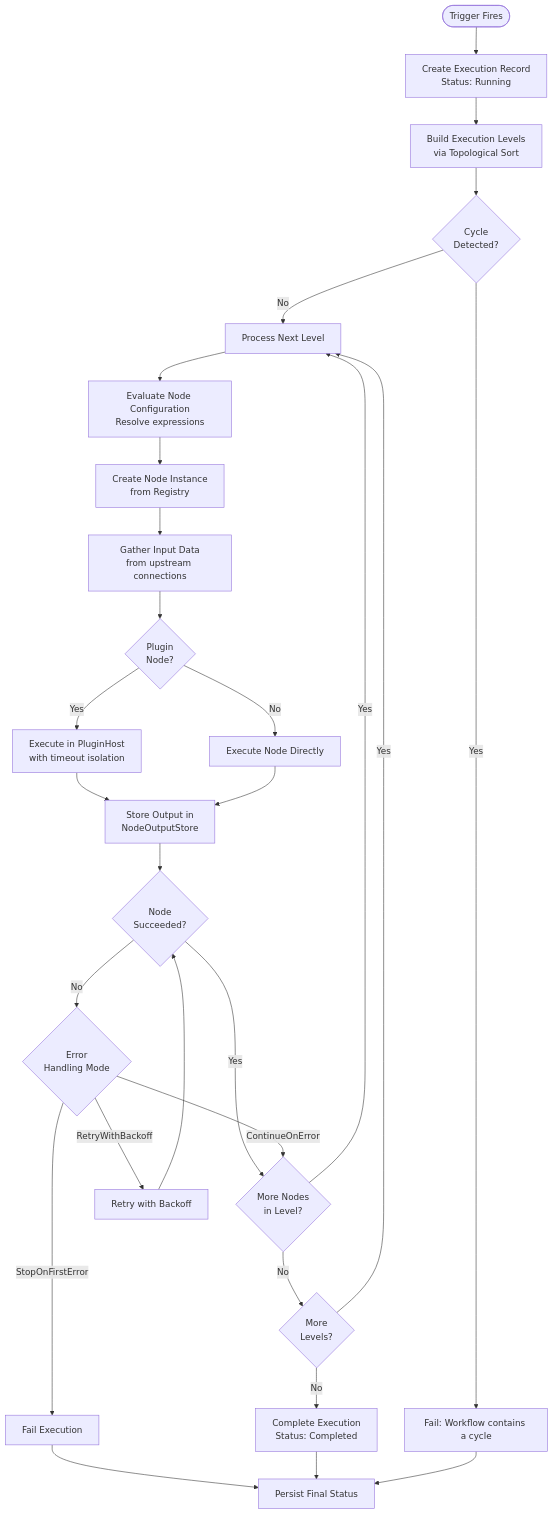
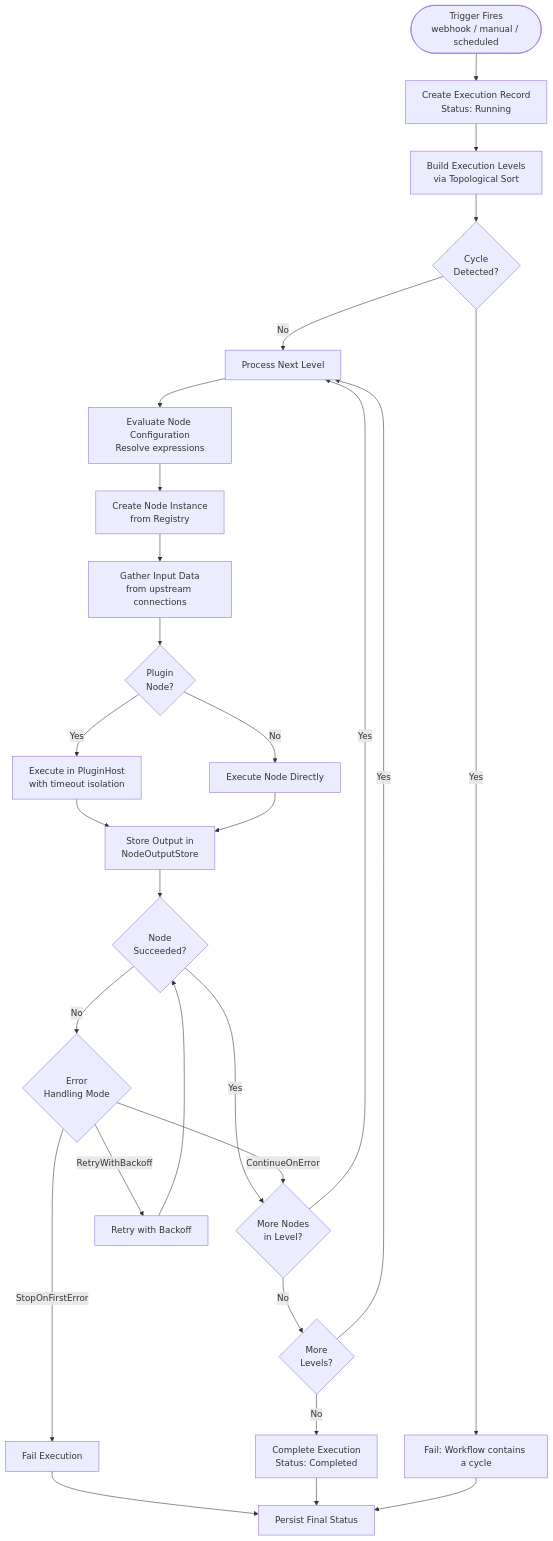
Before and after one commit to homolibere/Vyshyvanka: the second of 4 diagrams in docs/04-workflow-engine.md, drawn with Mermaid. The commit also changed other lines of this file and 43 other files, not shown here.

````diff
--- a/docs/04-workflow-engine.md
+++ b/docs/04-workflow-engine.md
@@ -49,35 +51,35 @@
 ```mermaid
 flowchart TD
-    Start([Trigger Fires]) --> CreateExec[Create Execution Record<br/>Status: Running]
+    Start([Trigger Fires<br/>webhook / manual / scheduled]) --> CreateExec[Create Execution Record<br/>Status: Running]
     CreateExec --> Topo[Build Execution Levels<br/>via Topological Sort]
     Topo --> CycleCheck{Cycle<br/>Detected?}
     CycleCheck -->|Yes| Fail[Fail: Workflow contains a cycle]
     CycleCheck -->|No| Level[Process Next Level]
 
     Level --> EvalConfig[Evaluate Node Configuration<br/>Resolve expressions]
     EvalConfig --> CreateNode[Create Node Instance<br/>from Registry]
     CreateNode --> GatherInput[Gather Input Data<br/>from upstream connections]
     GatherInput --> IsPlugin{Plugin<br/>Node?}
     IsPlugin -->|Yes| Isolate[Execute in PluginHost<br/>with timeout isolation]
     IsPlugin -->|No| Direct[Execute Node Directly]
     Isolate --> StoreOutput
     Direct --> StoreOutput[Store Output in<br/>NodeOutputStore]
 
     StoreOutput --> NodeSuccess{Node<br/>Succeeded?}
     NodeSuccess -->|Yes| MoreNodes{More Nodes<br/>in Level?}
     NodeSuccess -->|No| ErrorMode{Error<br/>Handling Mode}
 
     ErrorMode -->|StopOnFirstError| FailExec[Fail Execution]
     ErrorMode -->|ContinueOnError| MoreNodes
     ErrorMode -->|RetryWithBackoff| Retry[Retry with Backoff]
     Retry --> NodeSuccess
 
     MoreNodes -->|Yes| Level
     MoreNodes -->|No| MoreLevels{More<br/>Levels?}
     MoreLevels -->|Yes| Level
     MoreLevels -->|No| Complete[Complete Execution<br/>Status: Completed]
 
     FailExec --> Persist[Persist Final Status]
     Complete --> Persist
     Fail --> Persist
 ```
````
